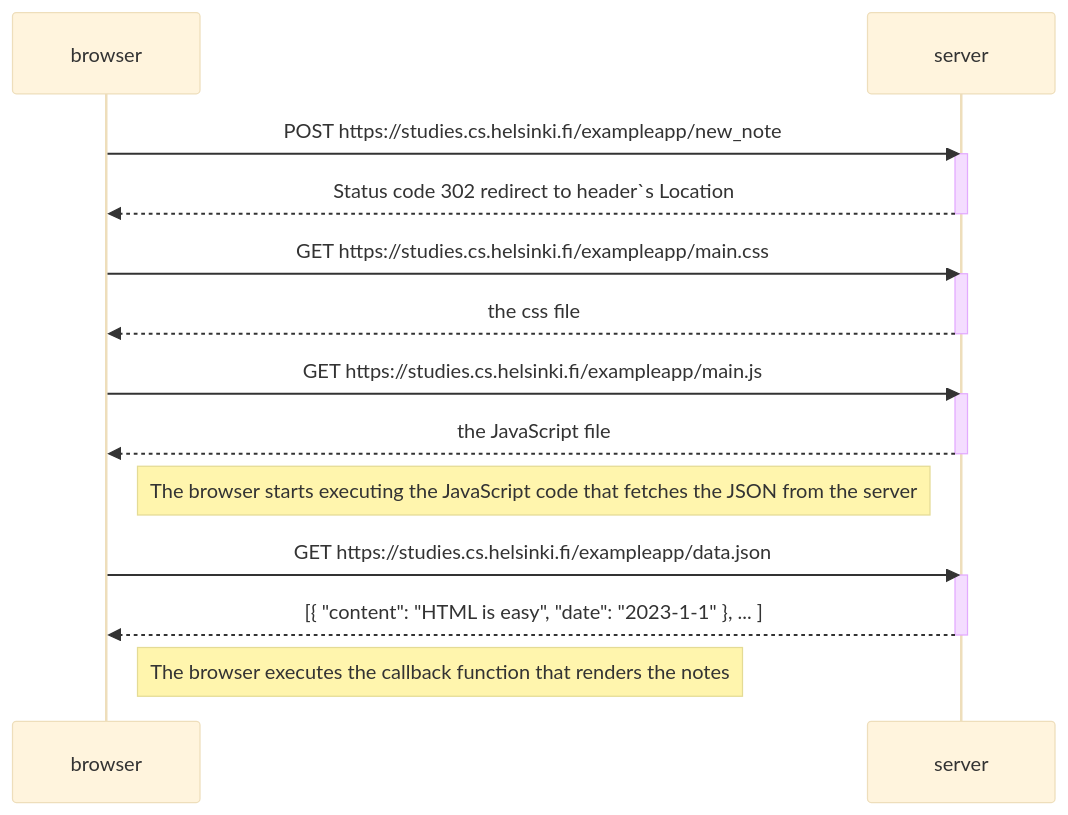
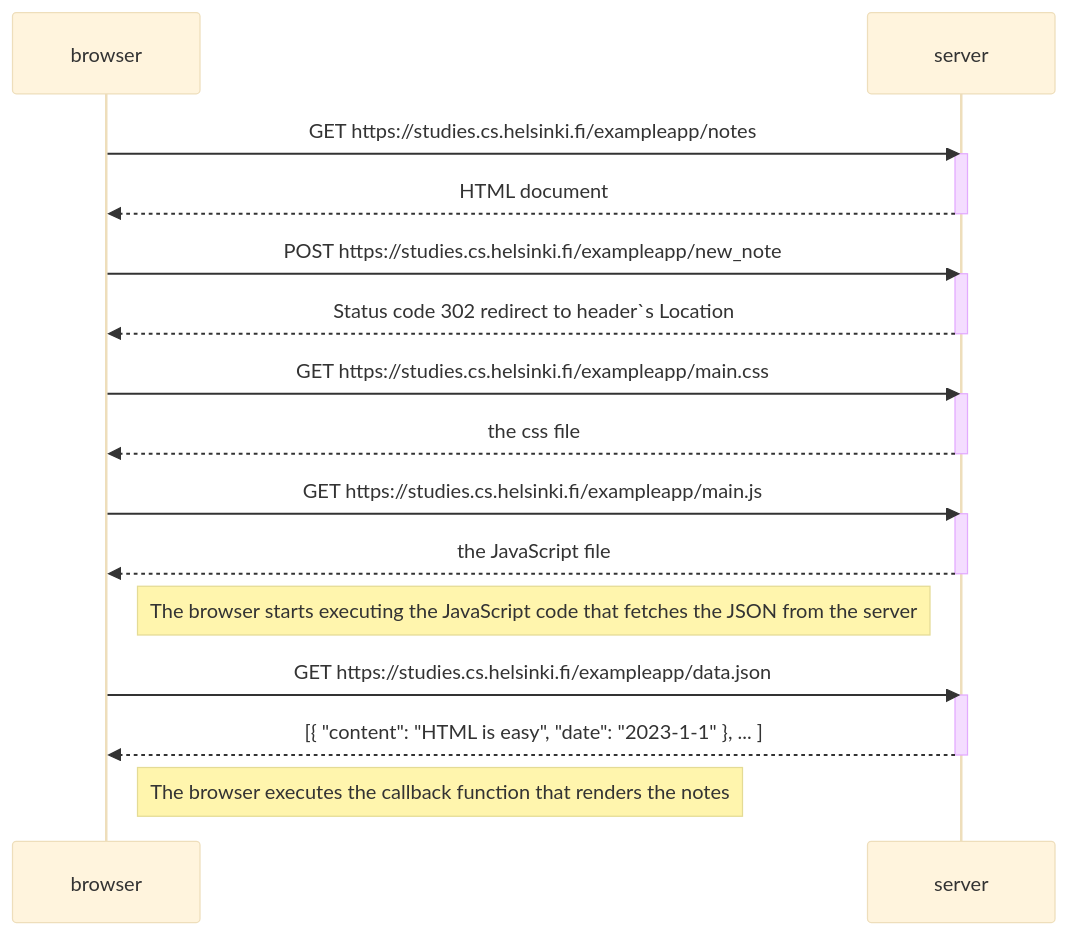
One commit to GuilhermeFDiniz/course-fullstackopen changed the diagram in part0/0.4-new-note-diagram.md. Above: the diagram before and after it, drawn with Mermaid (base theme).

Commit message:
Exercise 0.4 fixed

````diff
--- a/part0/0.4-new-note-diagram.md
+++ b/part0/0.4-new-note-diagram.md
@@ -1,29 +1,34 @@
 ```mermaid
 sequenceDiagram
     participant browser
     participant server
+
+    browser->>server: GET https://studies.cs.helsinki.fi/exampleapp/notes
+    activate server
+    server-->>browser: HTML document
+    deactivate server
 
     browser->>server: POST https://studies.cs.helsinki.fi/exampleapp/new_note
     activate server
     server-->>browser: Status code 302 redirect to header`s Location
     deactivate server
 
     browser->>server: GET https://studies.cs.helsinki.fi/exampleapp/main.css
     activate server
     server-->>browser: the css file
     deactivate server
 
     browser->>server: GET https://studies.cs.helsinki.fi/exampleapp/main.js
     activate server
     server-->>browser: the JavaScript file
     deactivate server
 
     Note right of browser: The browser starts executing the JavaScript code that fetches the JSON from the server
 
     browser->>server: GET https://studies.cs.helsinki.fi/exampleapp/data.json
     activate server
     server-->>browser: [{ "content": "HTML is easy", "date": "2023-1-1" }, ... ]
     deactivate server
 
     Note right of browser: The browser executes the callback function that renders the notes
 ```
````
